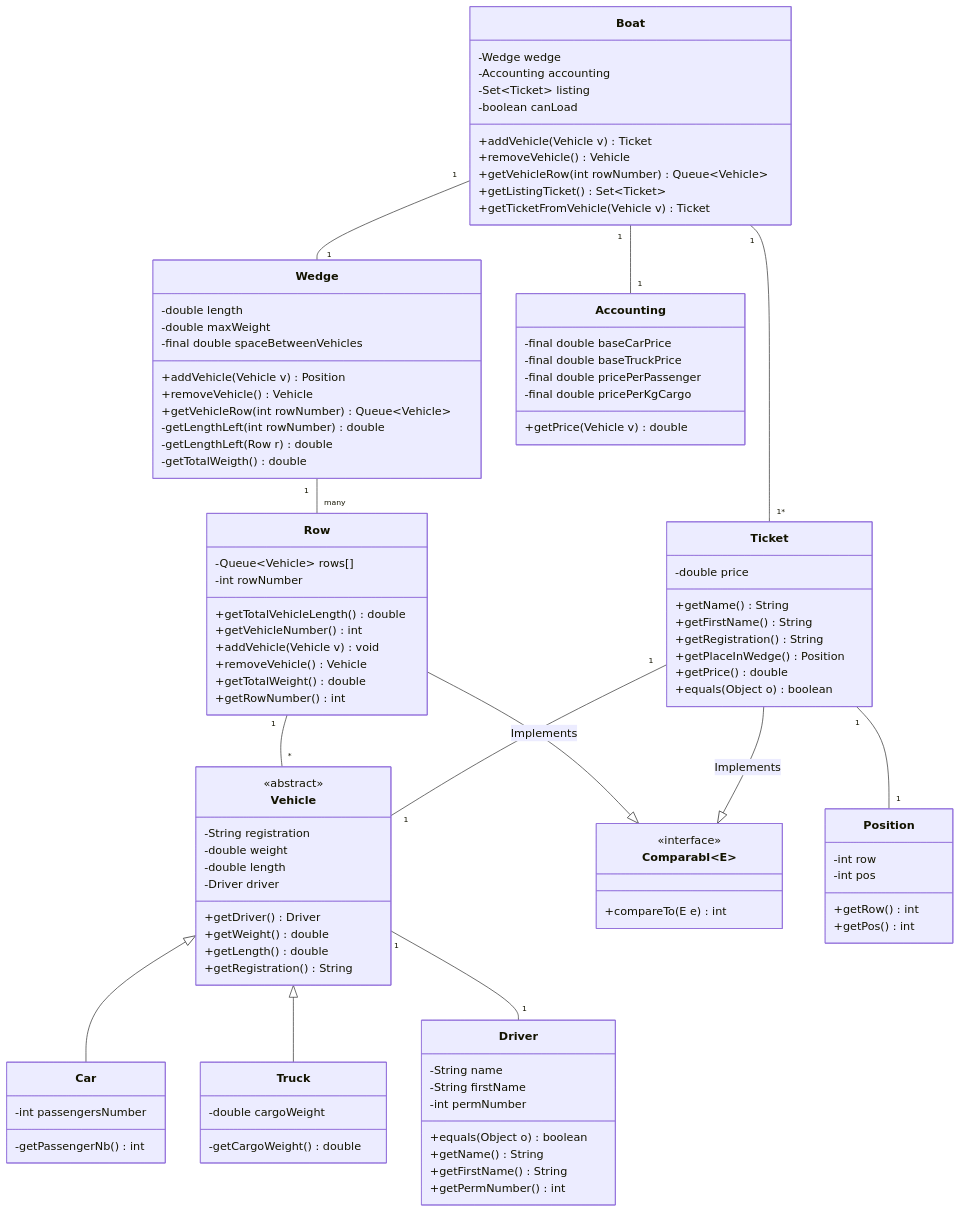
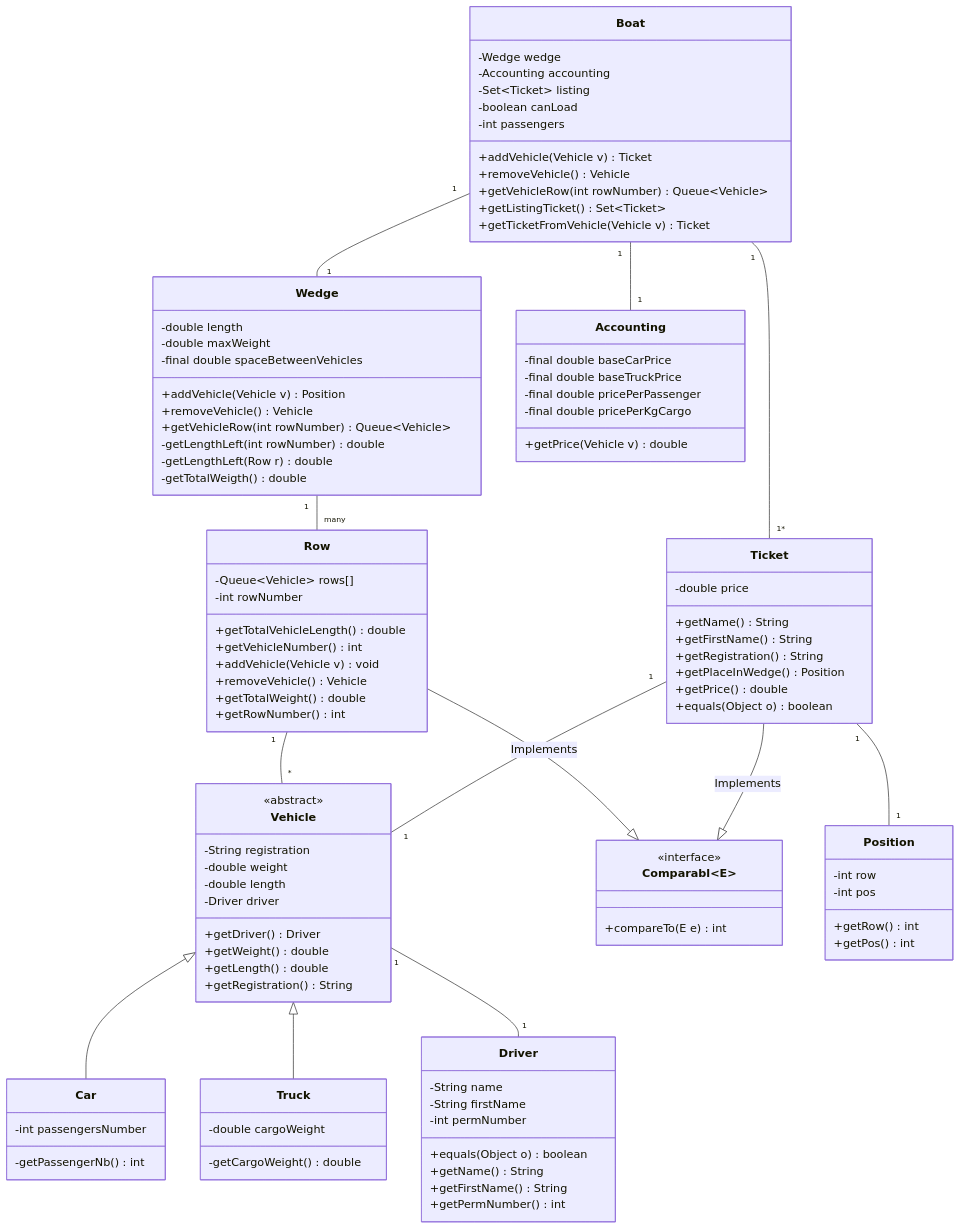
Before and after one commit to thebosslol66/OBERON_GROSDIDIER_CARFERRY: the diagram in README.md, drawn with Mermaid. The commit also changed 10 other files, not shown here.

```diff
--- a/README.md
+++ b/README.md
@@ -120,6 +120,7 @@
     -Accounting accounting
     -Set~Ticket~ listing
     -boolean canLoad
+    -int passengers
 
     +addVehicle(Vehicle v) Ticket
     +removeVehicle() Vehicle
```
